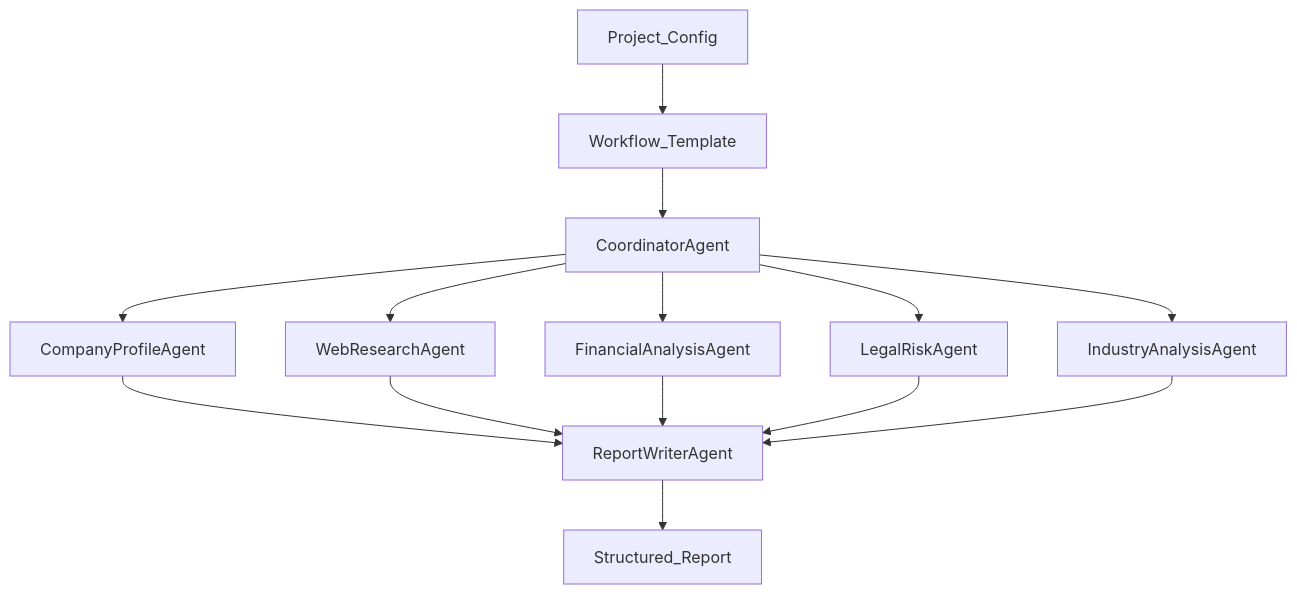
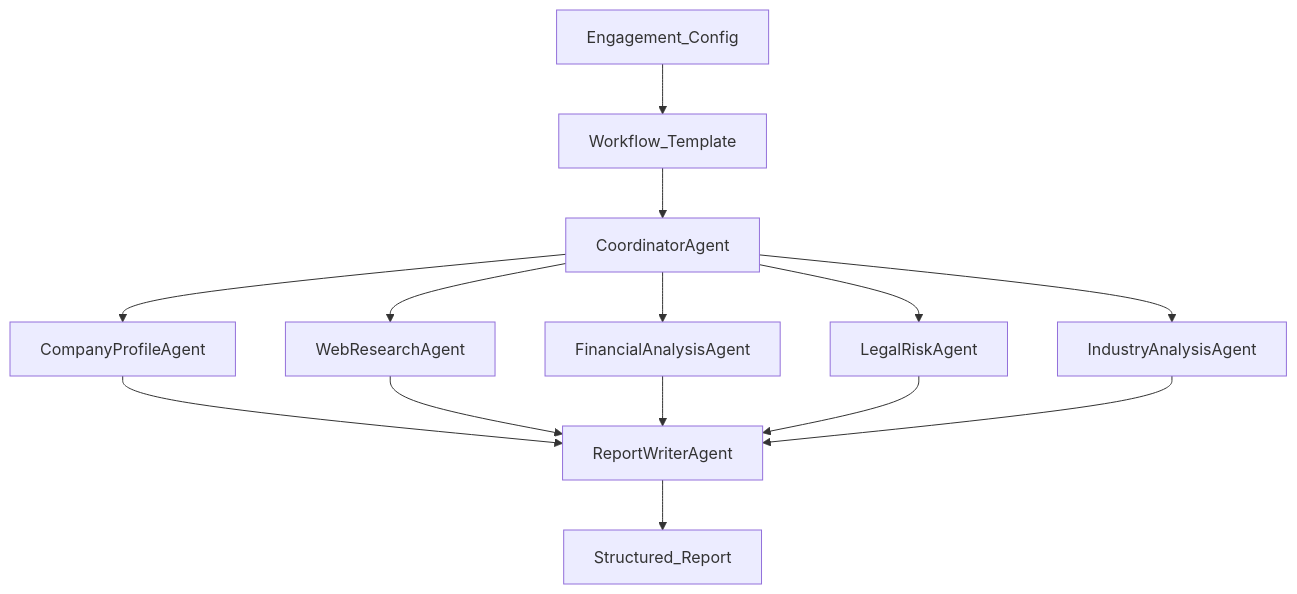
One commit to yuanjungod/DD_project changed the diagram in docs/agent_flow.md. Above: the diagram before and after it, drawn with Mermaid. The commit also changed other lines of this file and 37 other files, not shown here.

First line of the commit message:
refactor(engagement): complete workflow-template and engagement terminology migration

````diff
--- a/docs/agent_flow.md
+++ b/docs/agent_flow.md
@@ -75,16 +75,16 @@
 ```mermaid
 flowchart TD
-  ProjectConfig[Project_Config] --> WorkflowTemplate[Workflow_Template]
+  EngagementConfig[Engagement_Config] --> WorkflowTemplate[Workflow_Template]
   WorkflowTemplate --> Coordinator[CoordinatorAgent]
   Coordinator --> CompanyProfile[CompanyProfileAgent]
   Coordinator --> WebResearch[WebResearchAgent]
   Coordinator --> Financial[FinancialAnalysisAgent]
   Coordinator --> Legal[LegalRiskAgent]
   Coordinator --> Industry[IndustryAnalysisAgent]
   CompanyProfile --> ReportWriter[ReportWriterAgent]
   WebResearch --> ReportWriter
   Financial --> ReportWriter
   Legal --> ReportWriter
   Industry --> ReportWriter
   ReportWriter --> Report[Structured_Report]
 ```
````
